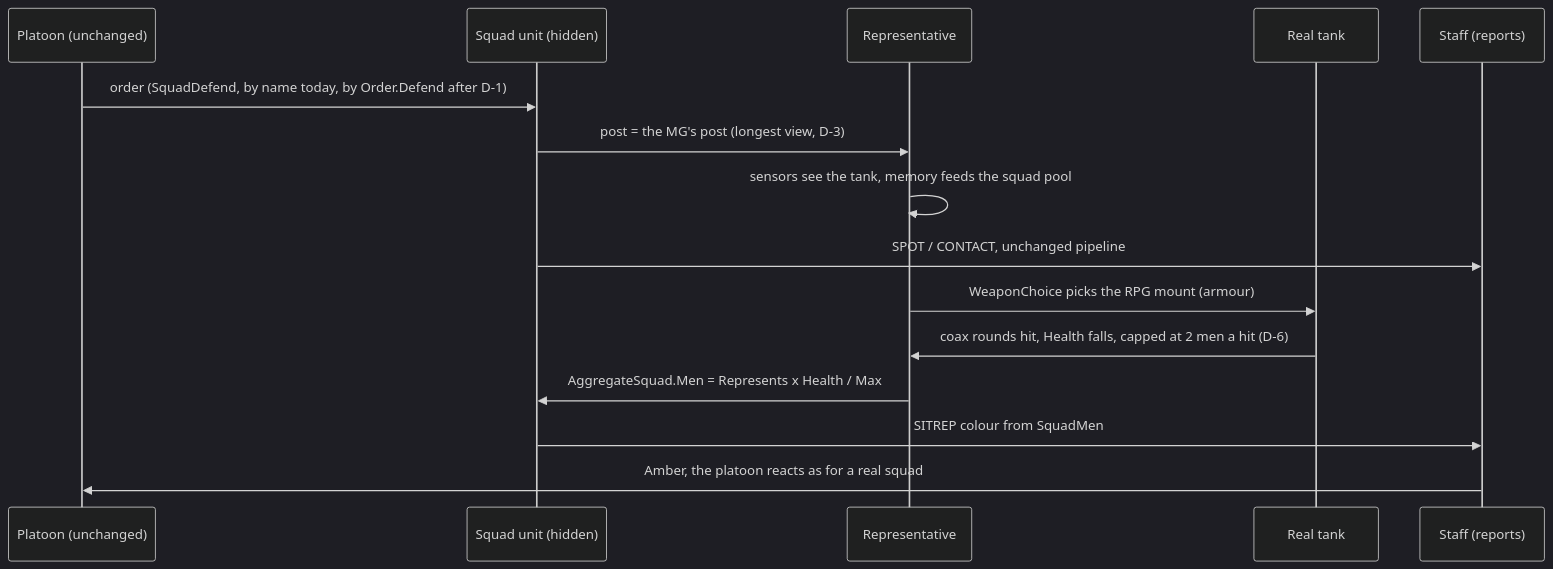
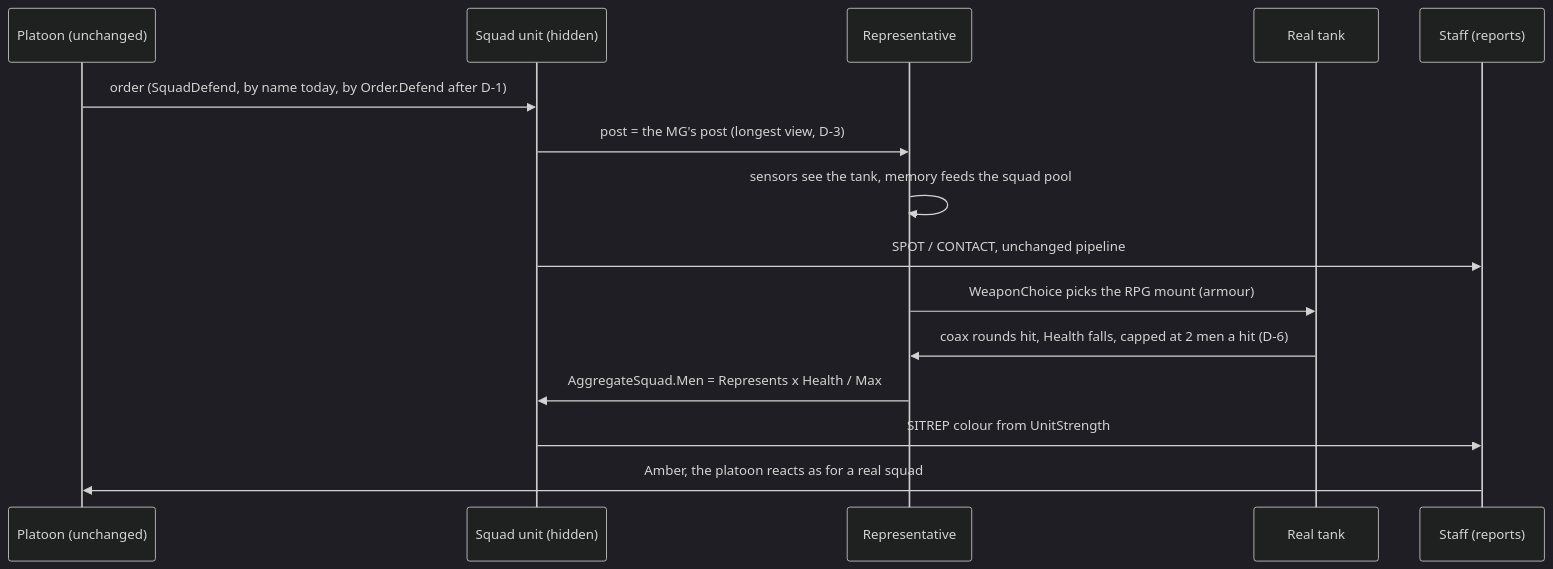
The second of 5 diagrams in docs/designs/aggregate-units/DESIGN_Aggregate_Squad.md (pjanec/HROT), drawn with Mermaid (dark theme) before and after one commit. The commit also changed other lines of this file and 2 other files, not shown here.

First line of the commit message:
docs(CE-4611): R-D1…R-D13 approved (R-4251); the seam is UnitStrength; A-1 by typed CurrentOrder

````diff
--- a/docs/designs/aggregate-units/DESIGN_Aggregate_Squad.md
+++ b/docs/designs/aggregate-units/DESIGN_Aggregate_Squad.md
@@ -116,17 +116,17 @@
 ```mermaid
 sequenceDiagram
   participant P as Platoon (unchanged)
   participant U as Squad unit (hidden)
   participant R as Representative
   participant T as Real tank
   participant S as Staff (reports)
   P->>U: order (SquadDefend, by name today, by Order.Defend after D-1)
   U->>R: post = the MG's post (longest view, D-3)
   R->>R: sensors see the tank, memory feeds the squad pool
   U->>S: SPOT / CONTACT, unchanged pipeline
   R->>T: WeaponChoice picks the RPG mount (armour)
   T->>R: coax rounds hit, Health falls, capped at 2 men a hit (D-6)
   R->>U: AggregateSquad.Men = Represents x Health / Max
-  U->>S: SITREP colour from SquadMen
+  U->>S: SITREP colour from UnitStrength
   S->>P: Amber, the platoon reacts as for a real squad
 ```
````
